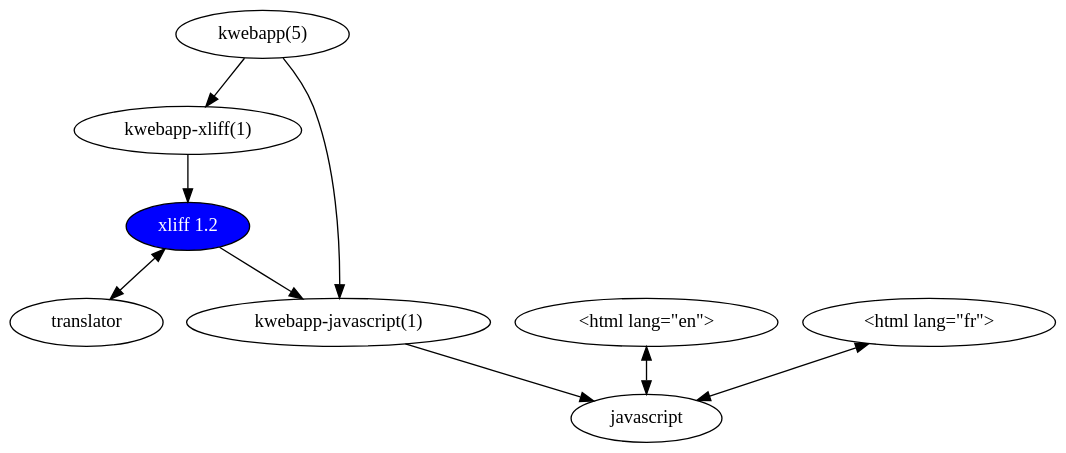
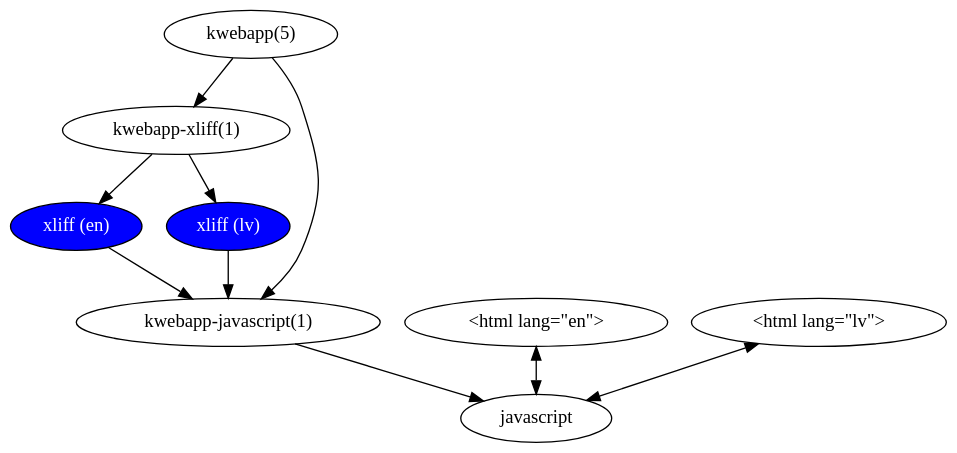
Before and after one commit to kristapsdz/bchs: the diagram in translate-fig1.dot, drawn with Graphviz. The commit also changed 3 other files, not shown here.

```diff
--- a/translate-fig1.dot
+++ b/translate-fig1.dot
@@ -1,18 +1,25 @@
 digraph {
 	bgcolor="transparent";
 
 	config [label="kwebapp(5)"];
 	kxliff [label="kwebapp-xliff(1)"];
-	xliff [label="xliff 1.2", style="filled", fillcolor="blue", fontcolor="white"];
+	xliffen [label="xliff (en)", style="filled", fillcolor="blue", fontcolor="white"];
+	xlifflv [label="xliff (lv)", style="filled", fillcolor="blue", fontcolor="white"];
 	config2 [label="kwebapp-javascript(1)"];
 	js [label="javascript"];
-	translator [label="translator"];
 	htmlen [label="<html lang=\"en\">"]
-	htmlfr [label="<html lang=\"fr\">"]
+	htmlfr [label="<html lang=\"lv\">"]
 
-	config -> kxliff -> xliff -> config2 -> js;
+	config -> kxliff;
+	kxliff -> xliffen;
+	kxliff -> xlifflv;
+
+	xliffen -> config2;
+	xlifflv -> config2;
+
+	config2 -> js;
+
 	config -> config2;
-	xliff -> translator[dir="both"];
 	htmlen -> js[dir="both"];
 	htmlfr -> js[dir="both"];
 }
```
